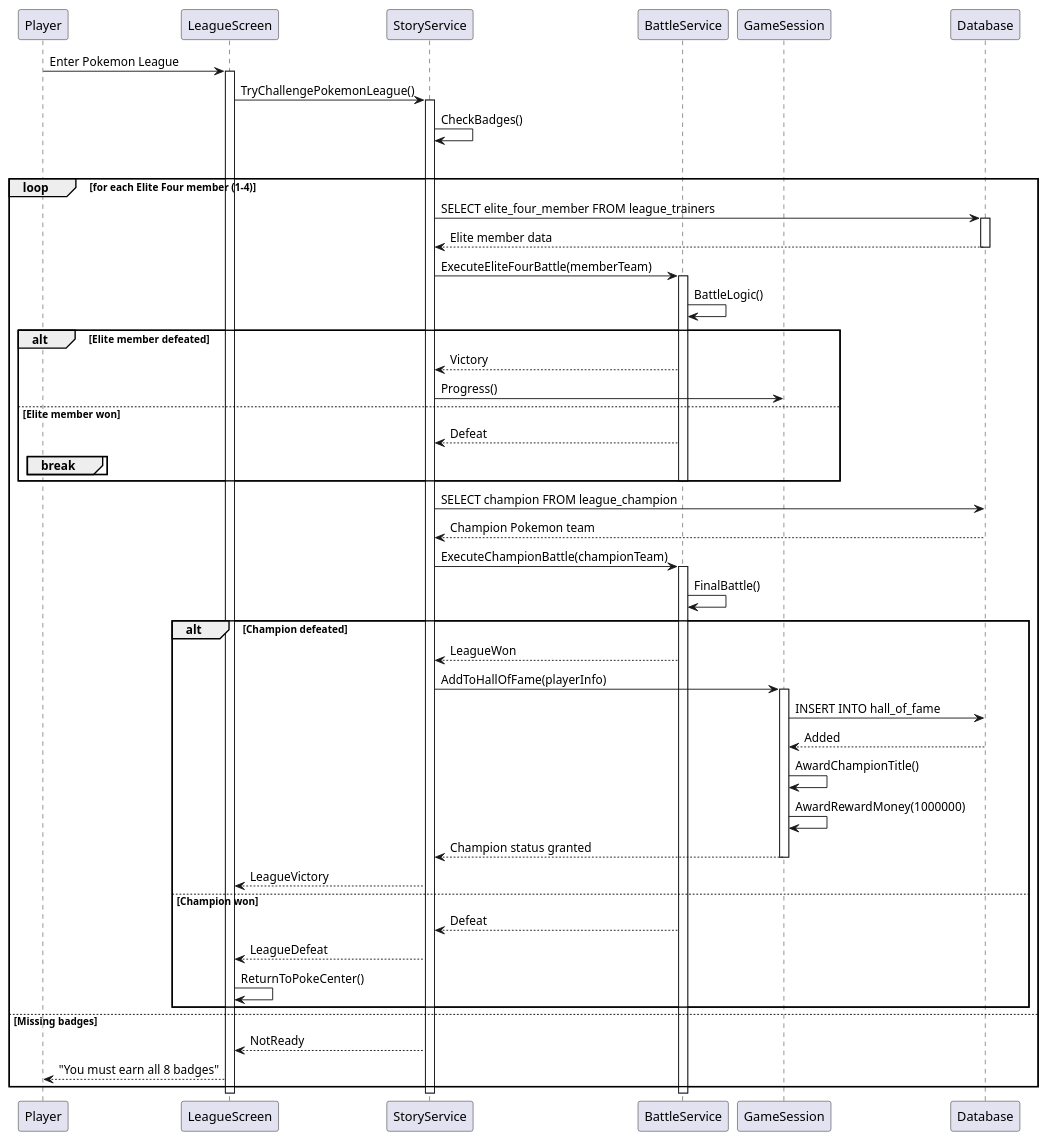
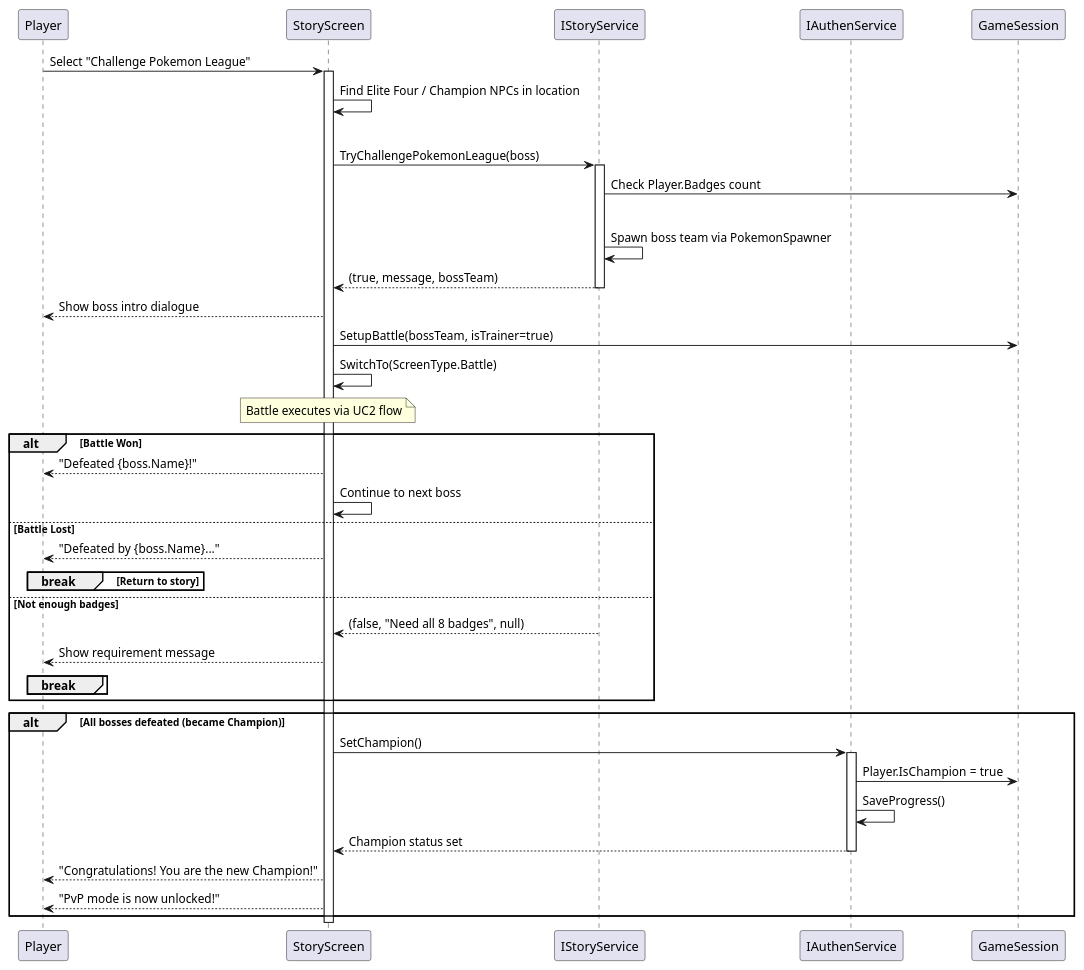
The diagram in TurnBasedPokemon/Diagram/SequenceDiagram/Detailed_UC15_ChallengePokemonLeague_Sequence.plantuml (devKasumi/PokemonConsole), drawn with PlantUML before and after one commit. The commit also changed 69 other files, not shown here.

Commit message:
update all the diagrams

```diff
--- a/TurnBasedPokemon/Diagram/SequenceDiagram/Detailed_UC15_ChallengePokemonLeague_Sequence.plantuml
+++ b/TurnBasedPokemon/Diagram/SequenceDiagram/Detailed_UC15_ChallengePokemonLeague_Sequence.plantuml
@@ -1,73 +1,60 @@
 @startuml UC15_ChallengePokemonLeague_Sequence
 participant Player
-participant LeagueScreen
-participant StoryService
-participant BattleService
+participant StoryScreen
+participant IStoryService as StoryService
+participant IAuthenService as AuthenService
 participant GameSession
-participant Database
 
-Player -> LeagueScreen: Enter Pokemon League
-activate LeagueScreen
+Player -> StoryScreen: Select "Challenge Pokemon League"
+activate StoryScreen
 
-LeagueScreen -> StoryService: TryChallengePokemonLeague()
-activate StoryService
+StoryScreen -> StoryScreen: Find Elite Four / Champion NPCs in location
 
-StoryService -> StoryService: CheckBadges()
-alt Has all 8 badges
-  loop for each Elite Four member (1-4)
-    StoryService -> Database: SELECT elite_four_member FROM league_trainers
-    activate Database
-    Database --> StoryService: Elite member data
-    deactivate Database
-    
-    StoryService -> BattleService: ExecuteEliteFourBattle(memberTeam)
-    activate BattleService
-    BattleService -> BattleService: BattleLogic()
-    
-    alt Elite member defeated
-      BattleService --> StoryService: Victory
-      StoryService -> GameSession: Progress()
-    else Elite member won
-      BattleService --> StoryService: Defeat
-      break
+loop for each boss NPC (Elite Four + Champion)
+  StoryScreen -> StoryService: TryChallengePokemonLeague(boss)
+  activate StoryService
+
+  StoryService -> GameSession: Check Player.Badges count
+  alt Has enough badges
+    StoryService -> StoryService: Spawn boss team via PokemonSpawner
+    StoryService --> StoryScreen: (true, message, bossTeam)
+    deactivate StoryService
+
+    StoryScreen --> Player: Show boss intro dialogue
+    StoryScreen -> GameSession: SetupBattle(bossTeam, isTrainer=true)
+    StoryScreen -> StoryScreen: SwitchTo(ScreenType.Battle)
+
+    note over StoryScreen
+      Battle executes via UC2 flow
+    end note
+
+    alt Battle Won
+      StoryScreen --> Player: "Defeated {boss.Name}!"
+      StoryScreen -> StoryScreen: Continue to next boss
+    else Battle Lost
+      StoryScreen --> Player: "Defeated by {boss.Name}..."
+      break Return to story
     end
-    deactivate BattleService
+
+  else Not enough badges
+    StoryService --> StoryScreen: (false, "Need all 8 badges", null)
+    deactivate StoryService
+    StoryScreen --> Player: Show requirement message
+    break
   end
-  
-  StoryService -> Database: SELECT champion FROM league_champion
-  Database --> StoryService: Champion Pokemon team
-  
-  StoryService -> BattleService: ExecuteChampionBattle(championTeam)
-  activate BattleService
-  BattleService -> BattleService: FinalBattle()
-  
-  alt Champion defeated
-    BattleService --> StoryService: LeagueWon
-    
-    StoryService -> GameSession: AddToHallOfFame(playerInfo)
-    activate GameSession
-    GameSession -> Database: INSERT INTO hall_of_fame
-    Database --> GameSession: Added
-    
-    GameSession -> GameSession: AwardChampionTitle()
-    GameSession -> GameSession: AwardRewardMoney(1000000)
-    GameSession --> StoryService: Champion status granted
-    deactivate GameSession
-    
-    StoryService --> LeagueScreen: LeagueVictory
-    
-  else Champion won
-    BattleService --> StoryService: Defeat
-    StoryService --> LeagueScreen: LeagueDefeat
-    LeagueScreen -> LeagueScreen: ReturnToPokeCenter()
-  end
-  
-else Missing badges
-  StoryService --> LeagueScreen: NotReady
-  LeagueScreen --> Player: "You must earn all 8 badges"
 end
 
-deactivate BattleService
-deactivate StoryService
-deactivate LeagueScreen
+alt All bosses defeated (became Champion)
+  StoryScreen -> AuthenService: SetChampion()
+  activate AuthenService
+  AuthenService -> GameSession: Player.IsChampion = true
+  AuthenService -> AuthenService: SaveProgress()
+  AuthenService --> StoryScreen: Champion status set
+  deactivate AuthenService
+
+  StoryScreen --> Player: "Congratulations! You are the new Champion!"
+  StoryScreen --> Player: "PvP mode is now unlocked!"
+end
+
+deactivate StoryScreen
 @enduml
```
